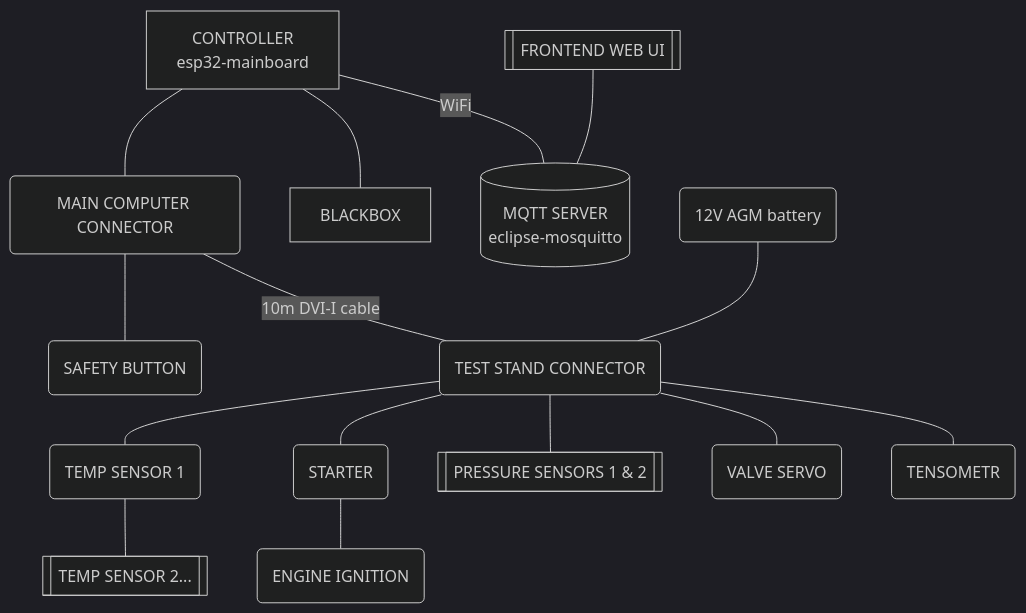
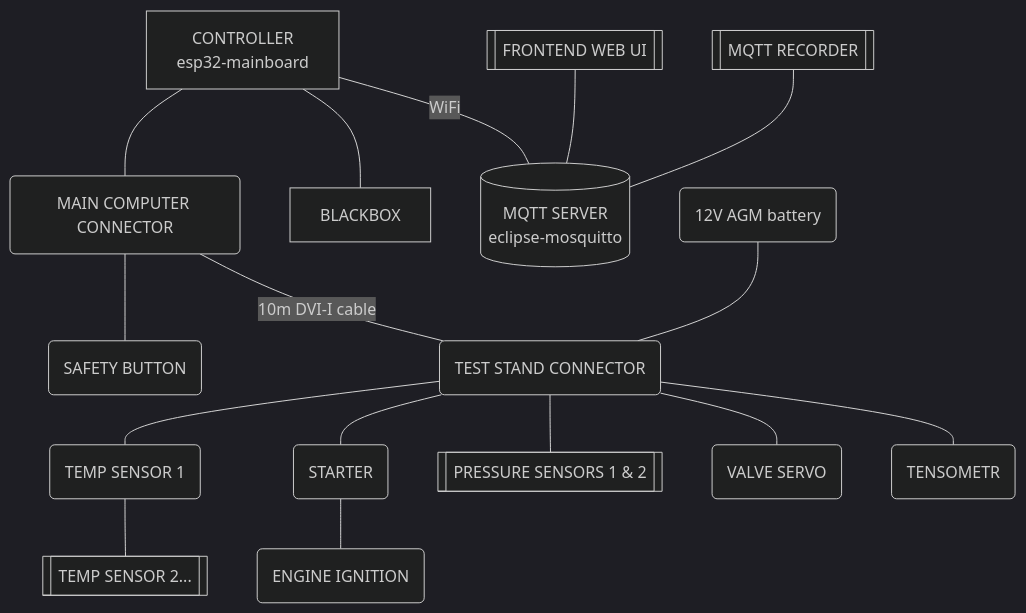
Before and after one commit to L0czek/rakieta: the diagram in README.md, drawn with Mermaid (dark theme). The commit also changed other lines of this file and 5 other files, not shown here.

````diff
--- a/README.md
+++ b/README.md
@@ -19,19 +72,20 @@
 ```mermaid
 flowchart TB;
 CONTROLLER["`CONTROLLER
 esp32-mainboard`"] --- id(MAIN COMPUTER CONNECTOR)
 CONTROLLER --- BLACKBOX
 CONTROLLER ---|WiFi| MQTT[("`MQTT SERVER
 eclipse-mosquitto`")]
 id(MAIN COMPUTER CONNECTOR) --- id10(SAFETY BUTTON)
 id(MAIN COMPUTER CONNECTOR) ---|10m DVI-I cable| id2(TEST STAND CONNECTOR)
 id6(12V AGM battery) --- id2(TEST STAND CONNECTOR)
 id2(TEST STAND CONNECTOR) --- id3(TEMP SENSOR 1)
 id3(TEMP SENSOR 1) --- id4[[TEMP SENSOR 2...]]
 id2(TEST STAND CONNECTOR) --- id5(STARTER)
 id2(TEST STAND CONNECTOR) --- id7[[PRESSURE SENSORS 1 & 2]]
 id2(TEST STAND CONNECTOR) --- id8(VALVE SERVO)
 id2(TEST STAND CONNECTOR) --- id11(TENSOMETR)
 id5(STARTER) --- id9(ENGINE IGNITION)
 FRONTEND[[FRONTEND WEB UI]] --- MQTT
+RECORDER[[MQTT RECORDER]] --- MQTT
 ```
````
